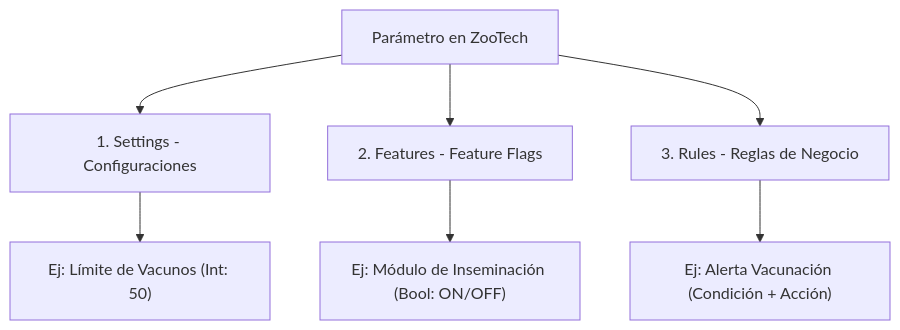
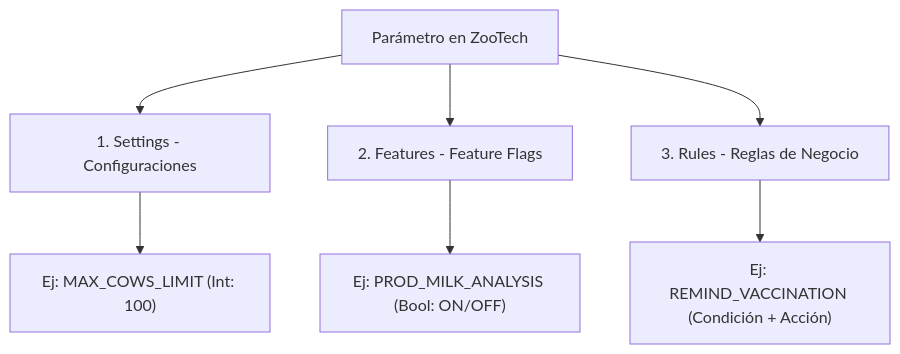
Before and after one commit to JunixOs/ZooTech-Backend: the first of 2 diagrams in docs/architecture/parametrizacion/parameterization_governance.md, drawn with Mermaid. The commit also changed other lines of this file and 3 other files, not shown here.

Commit message:
docs(architecture): Actualiza planes de parametrizacion.

````diff
--- a/docs/architecture/parametrizacion/parameterization_governance.md
+++ b/docs/architecture/parametrizacion/parameterization_governance.md
@@ -11,10 +11,10 @@
 ```mermaid
 graph TD
     Param[Parámetro en ZooTech] --> Setting[1. Settings - Configuraciones]
     Param --> Feature[2. Features - Feature Flags]
     Param --> Rule[3. Rules - Reglas de Negocio]
 
-    Setting --> SetEx["Ej: Límite de Vacunos (Int: 50)"]
-    Feature --> FeatEx["Ej: Módulo de Inseminación (Bool: ON/OFF)"]
-    Rule --> RuleEx["Ej: Alerta Vacunación (Condición + Acción)"]
+    Setting --> SetEx["Ej: MAX_COWS_LIMIT (Int: 100)"]
+    Feature --> FeatEx["Ej: PROD_MILK_ANALYSIS (Bool: ON/OFF)"]
+    Rule --> RuleEx["Ej: REMIND_VACCINATION (Condición + Acción)"]
 ```
````
